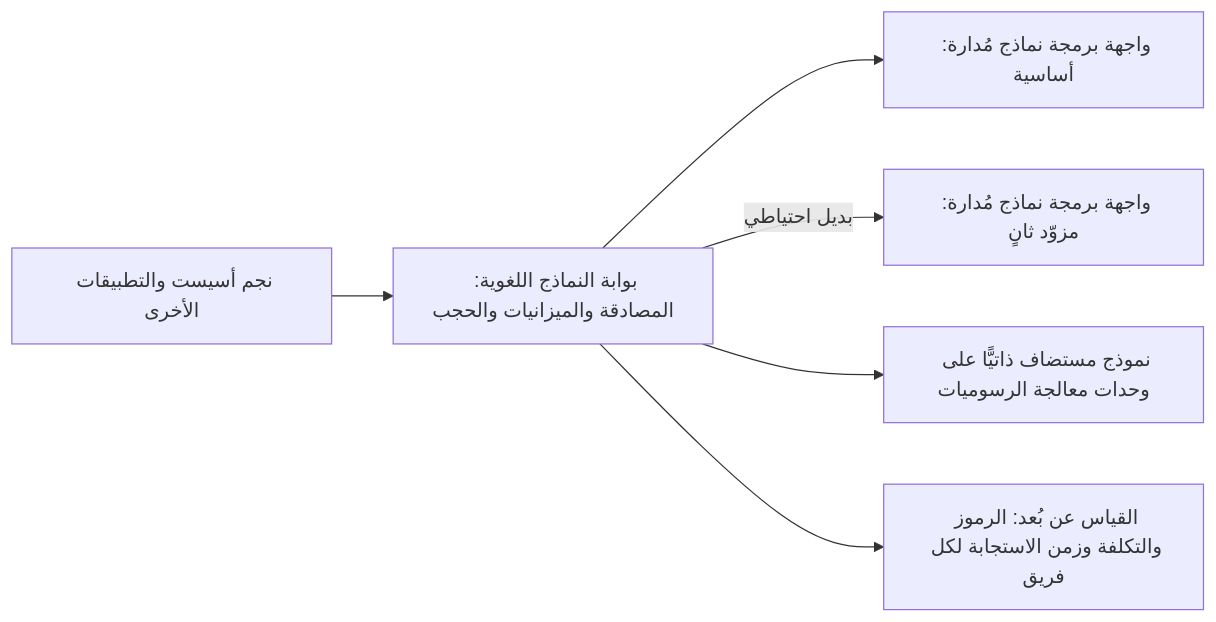
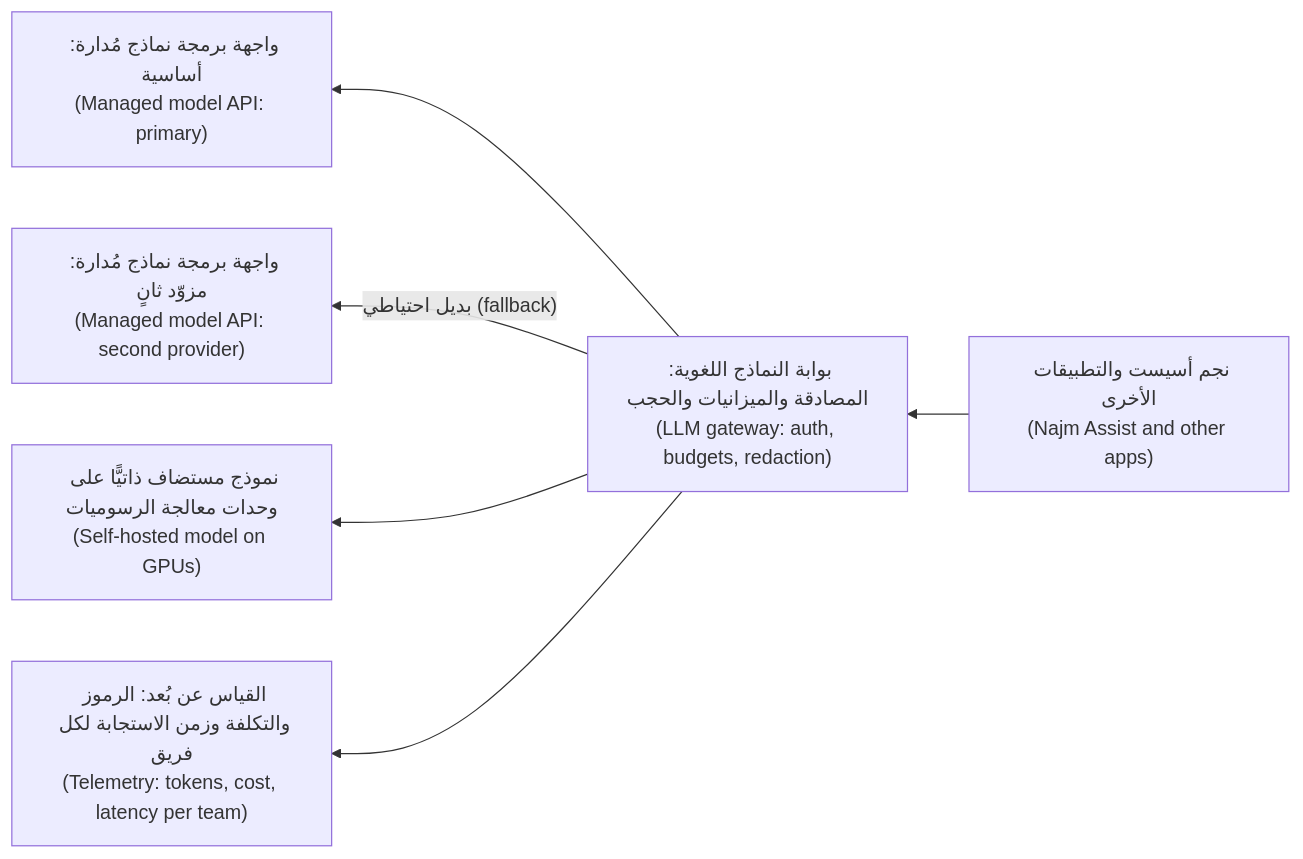
One commit to Tamoura/system-design-for-vibe-coders changed the third of 3 diagrams in cloud/modules/06-scale.ar.md. Above: the diagram before and after it, drawn with Mermaid. The commit also changed other lines of this file and 20 other files, not shown here.

First line of the commit message:
New courses: Arabic diagrams read right-to-left with English labels (modules 0–6)

````diff
--- a/cloud/modules/06-scale.ar.md
+++ b/cloud/modules/06-scale.ar.md
@@ -543,8 +543,8 @@
 ```mermaid
-flowchart LR
-    A["نجم أسيست والتطبيقات الأخرى"] --> G["بوابة النماذج اللغوية: المصادقة والميزانيات والحجب"]
-    G --> M1["واجهة برمجة نماذج مُدارة: أساسية"]
-    G -->|"بديل احتياطي"| M2["واجهة برمجة نماذج مُدارة: مزوّد ثانٍ"]
-    G --> S["نموذج مستضاف ذاتيًّا على وحدات معالجة الرسوميات"]
-    G --> T["القياس عن بُعد: الرموز والتكلفة وزمن الاستجابة لكل فريق"]
+flowchart RL
+    A["نجم أسيست والتطبيقات الأخرى<br/>(Najm Assist and other apps)"] --> G["بوابة النماذج اللغوية: المصادقة والميزانيات والحجب<br/>(LLM gateway: auth, budgets, redaction)"]
+    G --> M1["واجهة برمجة نماذج مُدارة: أساسية<br/>(Managed model API: primary)"]
+    G -->|"بديل احتياطي (fallback)"| M2["واجهة برمجة نماذج مُدارة: مزوّد ثانٍ<br/>(Managed model API: second provider)"]
+    G --> S["نموذج مستضاف ذاتيًّا على وحدات معالجة الرسوميات<br/>(Self-hosted model on GPUs)"]
+    G --> T["القياس عن بُعد: الرموز والتكلفة وزمن الاستجابة لكل فريق<br/>(Telemetry: tokens, cost, latency per team)"]
 ```
````
